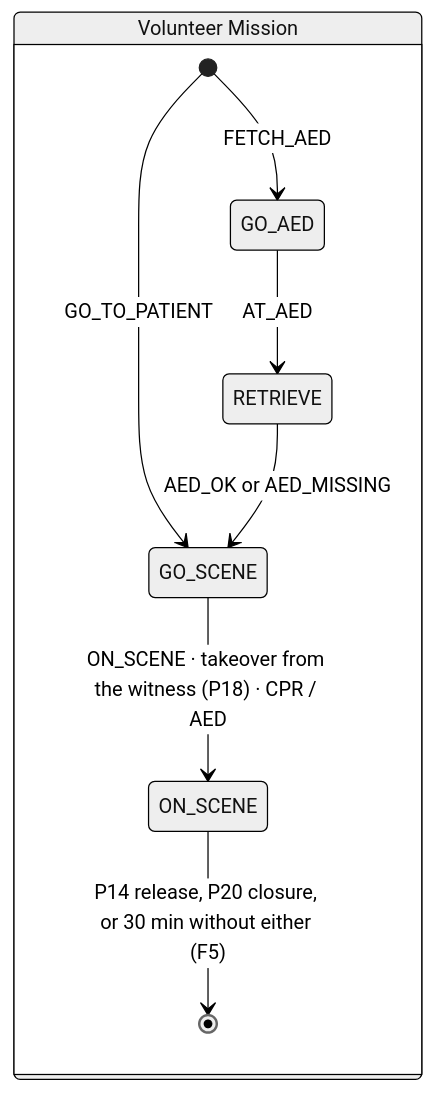
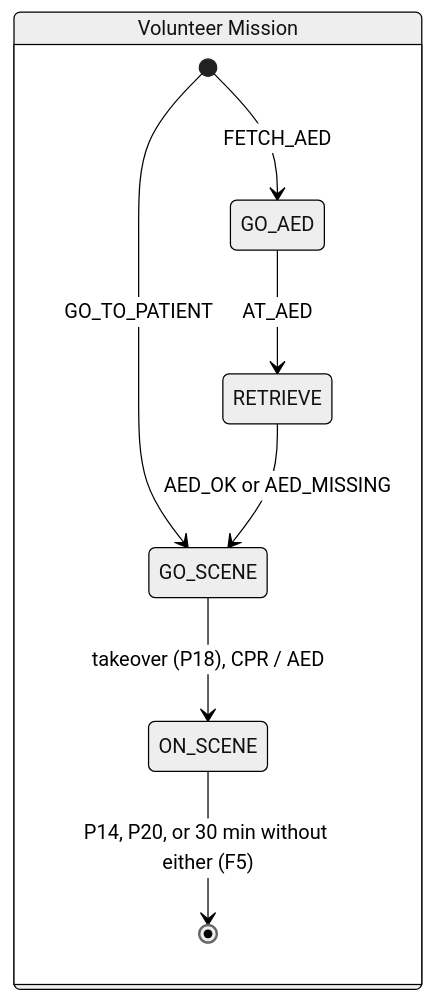
Before and after one commit to rodrigoilde/fcup-isia: the second of 5 diagrams in docs/03-detailed-design.md, drawn with Mermaid (neutral theme). The commit also changed other lines of this file and 12 other files, not shown here.

````diff
--- a/docs/03-detailed-design.md
+++ b/docs/03-detailed-design.md
@@ -140,11 +100,11 @@
 ```mermaid
 stateDiagram-v2
     state "Volunteer Mission" as M {
         [*] --> GO_AED: FETCH_AED
         [*] --> GO_SCENE: GO_TO_PATIENT
         GO_AED --> RETRIEVE: AT_AED
         RETRIEVE --> GO_SCENE: AED_OK or AED_MISSING
-        GO_SCENE --> ON_SCENE: ON_SCENE · takeover from the witness (P18) · CPR / AED
-        ON_SCENE --> [*]: P14 release, P20 closure, or 30 min without either (F5)
+        GO_SCENE --> ON_SCENE: takeover (P18), CPR / AED
+        ON_SCENE --> [*]: P14, P20, or 30 min without either (F5)
     }
 ```
````
